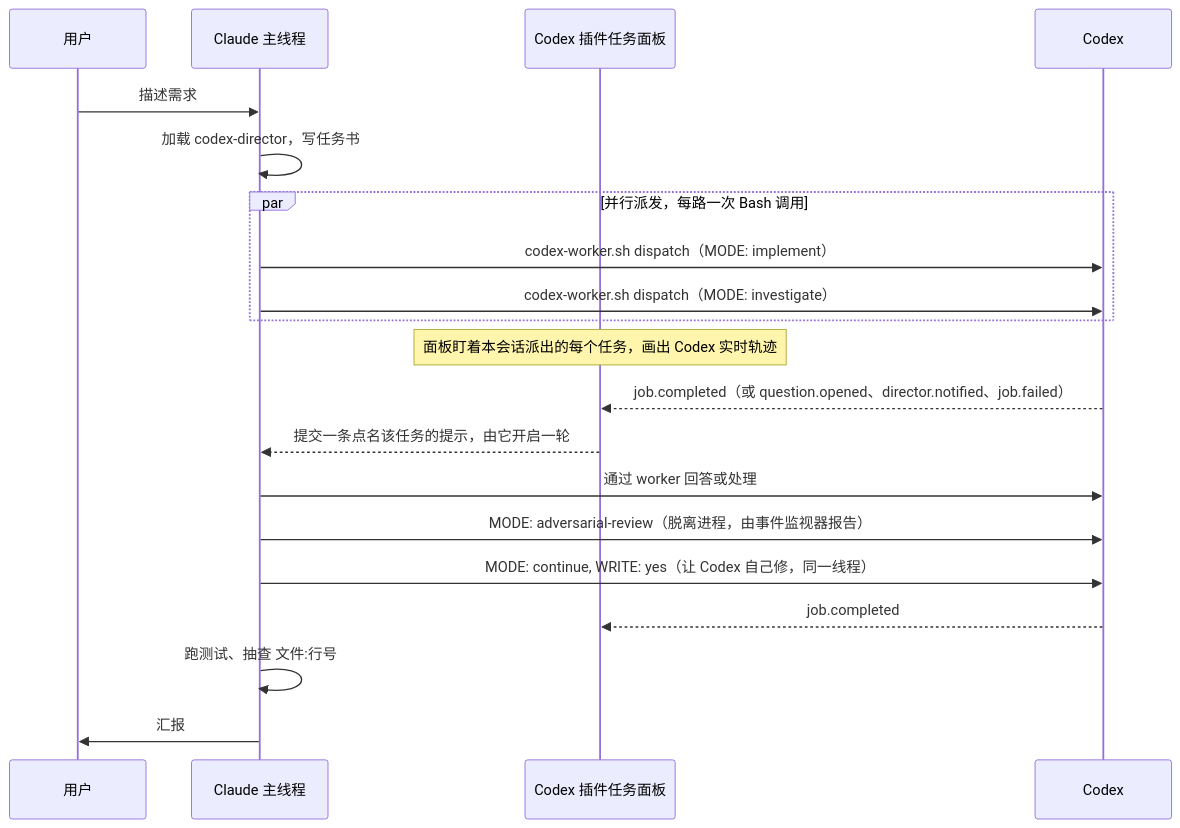
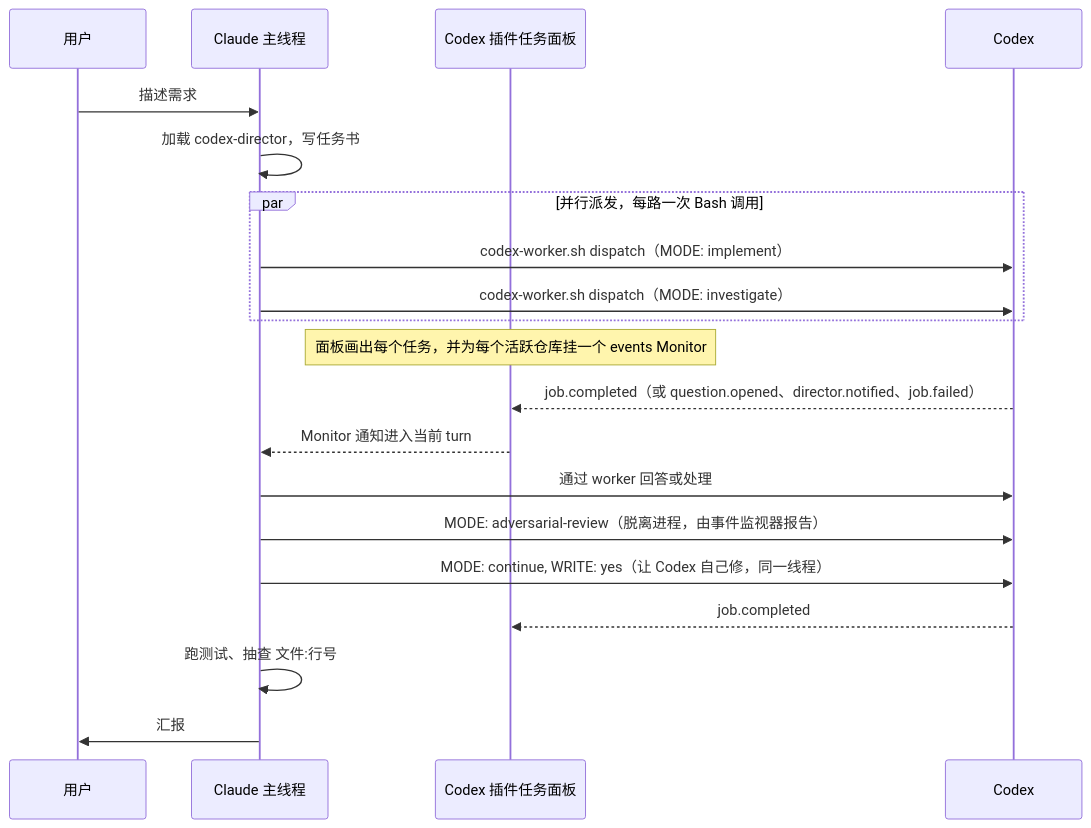
Before and after one commit to y-cruce/code-director: the diagram in README.zh-CN.md, drawn with Mermaid. The commit also changed other lines of this file and 2 other files, not shown here.

First line of the commit message:
Skill: the pane arms the monitor, and the task agent is gone

````diff
--- a/README.zh-CN.md
+++ b/README.zh-CN.md
@@ -21,23 +21,23 @@
 ```mermaid
 sequenceDiagram
     participant U as 用户
     participant C as Claude 主线程
     participant P as Codex 插件任务面板
     participant X as Codex
 
     U->>C: 描述需求
     C->>C: 加载 codex-director，写任务书
     par 并行派发，每路一次 Bash 调用
         C->>X: codex-worker.sh dispatch（MODE: implement）
         C->>X: codex-worker.sh dispatch（MODE: investigate）
     end
-    Note over P: 面板盯着本会话派出的每个任务，画出 Codex 实时轨迹
+    Note over P: 面板画出每个任务，并为每个活跃仓库挂一个 events Monitor
     X-->>P: job.completed（或 question.opened、director.notified、job.failed）
-    P-->>C: 提交一条点名该任务的提示，由它开启一轮
+    P-->>C: Monitor 通知进入当前 turn
     C->>X: 通过 worker 回答或处理
     C->>X: MODE: adversarial-review（脱离进程，由事件监视器报告）
     C->>X: MODE: continue, WRITE: yes（让 Codex 自己修，同一线程）
     X-->>P: job.completed
     C->>C: 跑测试、抽查 文件:行号
     C->>U: 汇报
 ```
````
